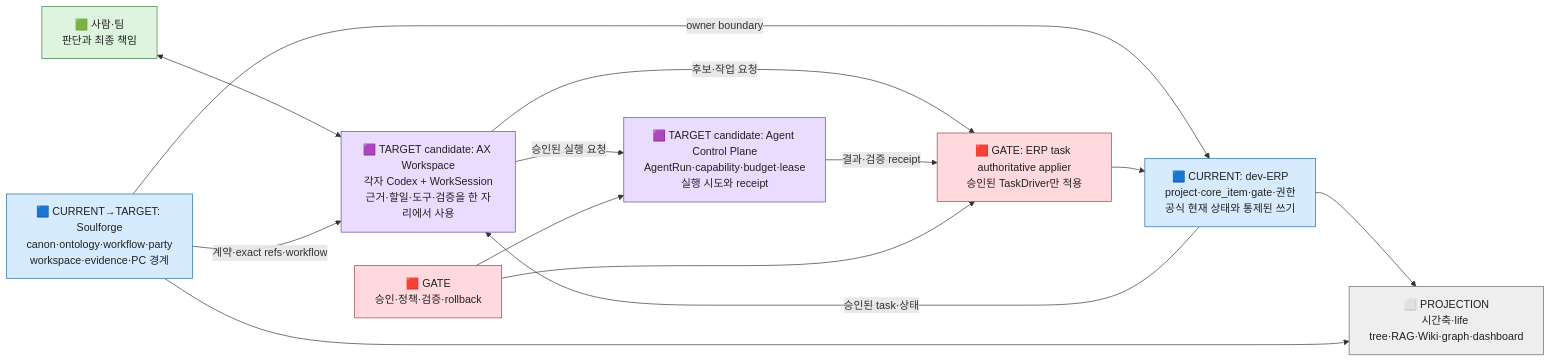
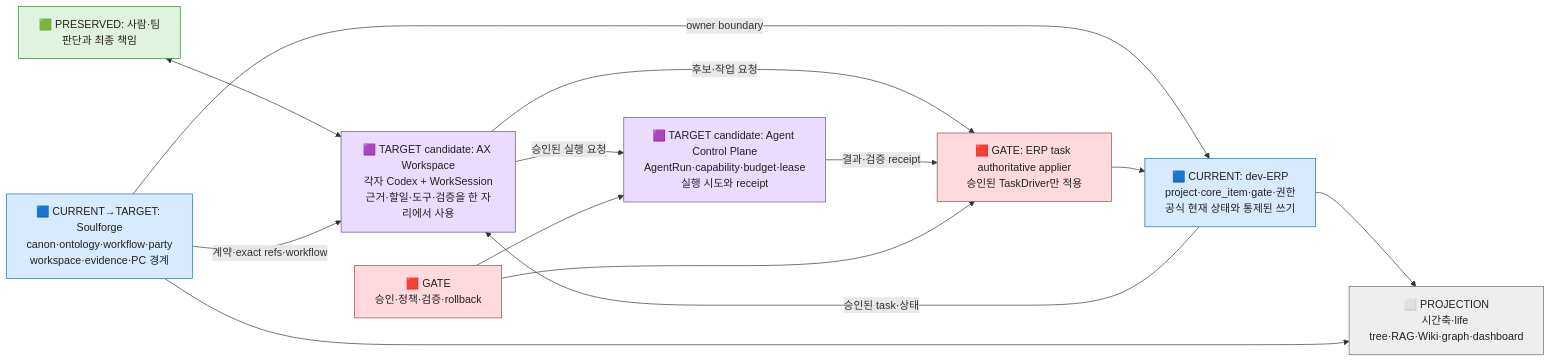
Before and after one commit to SungYongMOON/soulforge: the third of 11 diagrams in ui-workspace/apps/dev-erp/docs/AX_WORKSPACE_TASK_ENGINE_INTEGRATED_VALIDATION_PLAN_V0.md, drawn with Mermaid. The commit also changed other lines of this file, not shown here.

````diff
--- a/ui-workspace/apps/dev-erp/docs/AX_WORKSPACE_TASK_ENGINE_INTEGRATED_VALIDATION_PLAN_V0.md
+++ b/ui-workspace/apps/dev-erp/docs/AX_WORKSPACE_TASK_ENGINE_INTEGRATED_VALIDATION_PLAN_V0.md
@@ -98,35 +274,35 @@
 ```mermaid
 flowchart LR
-  P["🟩 사람·팀<br/>판단과 최종 책임"]
+  P["🟩 PRESERVED: 사람·팀<br/>판단과 최종 책임"]
   AX["🟪 TARGET candidate: AX Workspace<br/>각자 Codex + WorkSession<br/>근거·할일·도구·검증을 한 자리에서 사용"]
   ERP["🟦 CURRENT: dev-ERP<br/>project·core_item·gate·권한<br/>공식 현재 상태와 통제된 쓰기"]
   SF["🟦 CURRENT→TARGET: Soulforge<br/>canon·ontology·workflow·party<br/>workspace·evidence·PC 경계"]
   ACP["🟪 TARGET candidate: Agent Control Plane<br/>AgentRun·capability·budget·lease<br/>실행 시도와 receipt"]
   TAP["🟥 GATE: ERP task authoritative applier<br/>승인된 TaskDriver만 적용"]
   VIEW["⬜ PROJECTION<br/>시간축·life tree·RAG·Wiki·graph·dashboard"]
   GATE["🟥 GATE<br/>승인·정책·검증·rollback"]
 
   P <--> AX
   AX -->|후보·작업 요청| TAP
   ERP -->|승인된 task·상태| AX
   SF -->|계약·exact refs·workflow| AX
   SF -->|owner boundary| ERP
   AX -->|승인된 실행 요청| ACP
   ACP -->|결과·검증 receipt| TAP
   TAP --> ERP
   ERP --> VIEW
   SF --> VIEW
   GATE --> TAP
   GATE --> ACP
 
   classDef current fill:#d7ebff,stroke:#2468a2,color:#222
   classDef target fill:#eadcff,stroke:#67459a,color:#222
   classDef gate fill:#ffd9dd,stroke:#a23b49,color:#222
   classDef kept fill:#dff4df,stroke:#397a3b,color:#222
   classDef view fill:#eeeeee,stroke:#666,color:#222
   class P kept
   class AX,ACP target
   class ERP,SF current
   class GATE,TAP gate
   class VIEW view
 ```
````
